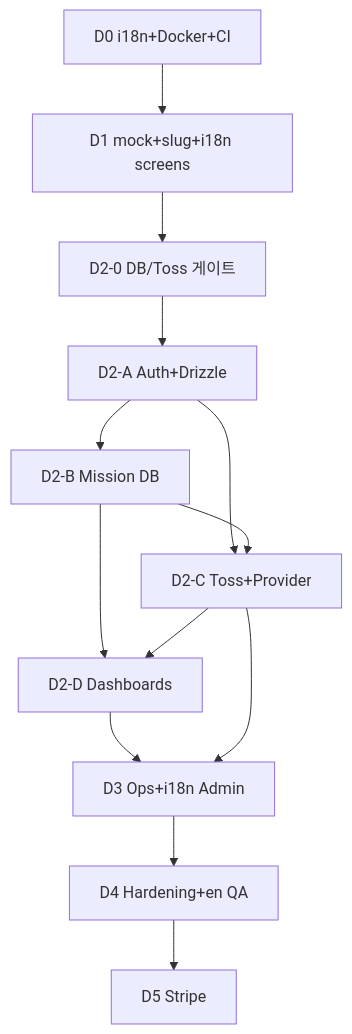
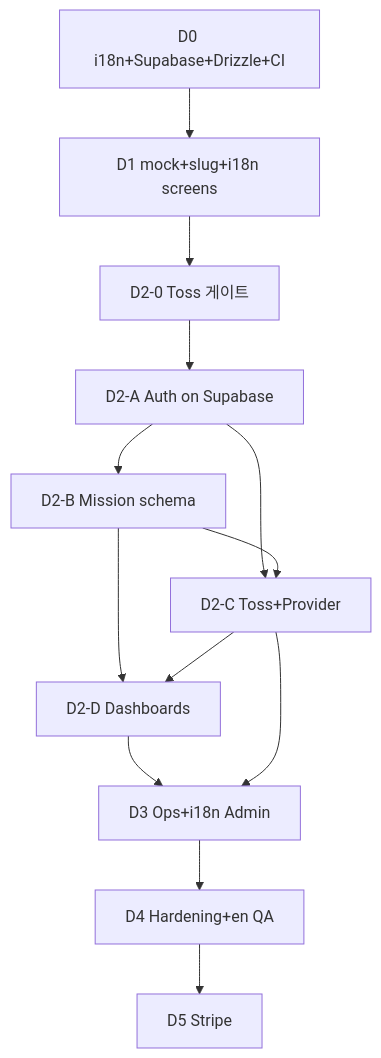
Before and after one commit to deokhokim911/ywamkoreafund: the second of 2 diagrams in doc/09_DEVELOPMENT_PHASES.md, drawn with Mermaid. The commit also changed other lines of this file and 78 other files, not shown here.

First line of the commit message:
feat: complete D0/D1 foundation with Supabase, i18n, and mission mock loop

````diff
--- a/doc/09_DEVELOPMENT_PHASES.md
+++ b/doc/09_DEVELOPMENT_PHASES.md
@@ -392,26 +419,26 @@
 ```mermaid
 flowchart TB
-  D0[D0 i18n+Docker+CI]
+  D0[D0 i18n+Supabase+Drizzle+CI]
   D1[D1 mock+slug+i18n screens]
-  D20[D2-0 DB/Toss 게이트]
-  D2A[D2-A Auth+Drizzle]
-  D2B[D2-B Mission DB]
+  D20[D2-0 Toss 게이트]
+  D2A[D2-A Auth on Supabase]
+  D2B[D2-B Mission schema]
   D2C[D2-C Toss+Provider]
   D2D[D2-D Dashboards]
   D3[D3 Ops+i18n Admin]
   D4[D4 Hardening+en QA]
   D5[D5 Stripe]
 
   D0 --> D1
   D1 --> D20
   D20 --> D2A
   D2A --> D2B
   D2A --> D2C
   D2B --> D2C
   D2B --> D2D
   D2C --> D2D
   D2D --> D3
   D2C --> D3
   D3 --> D4
   D4 --> D5
 ```
````
